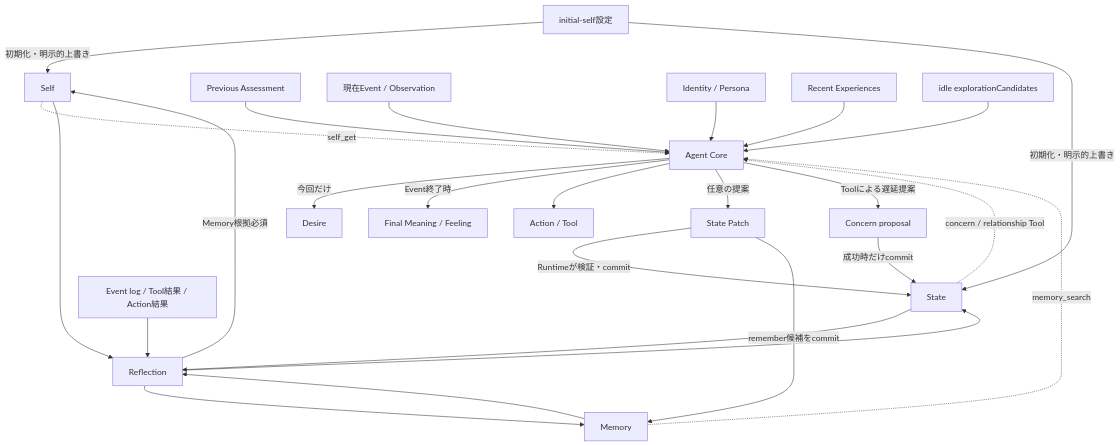
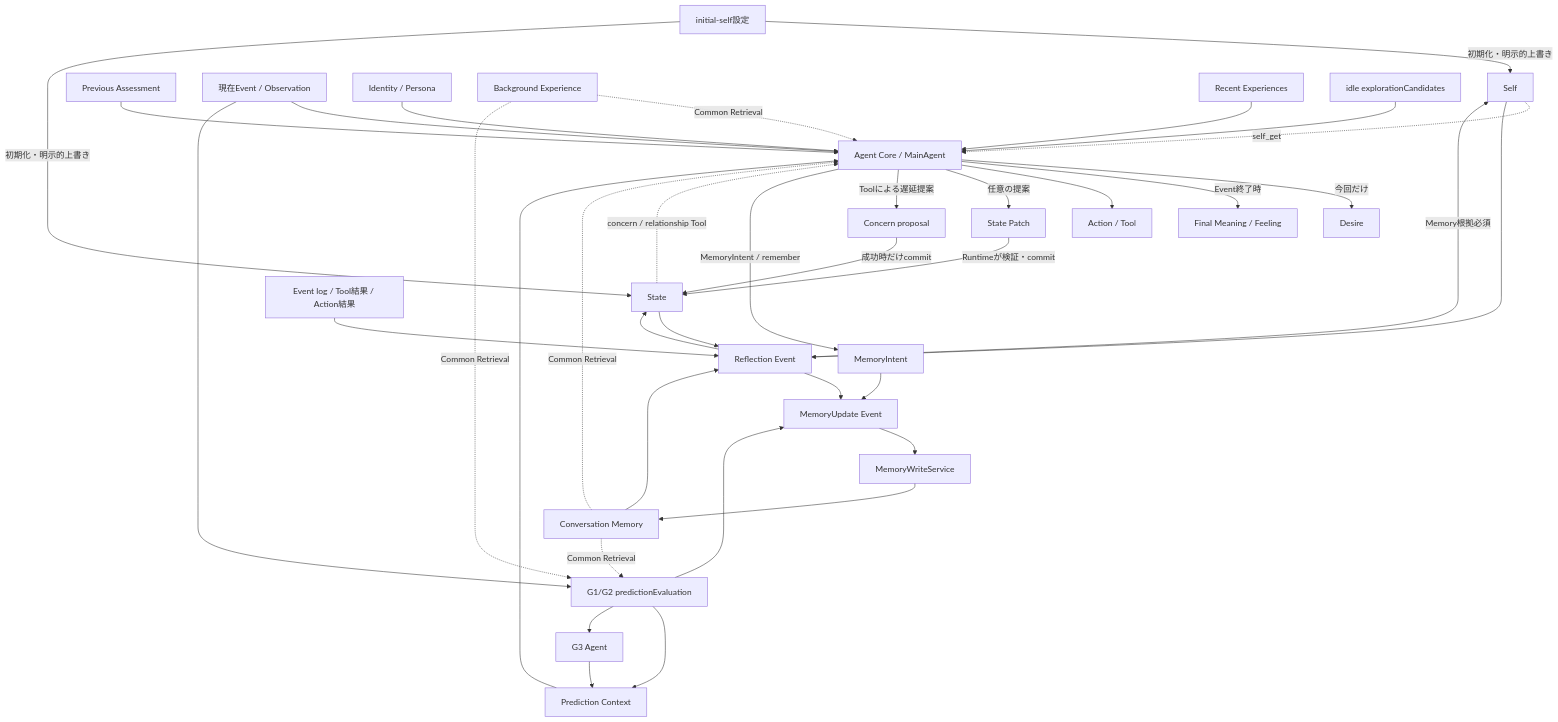
Before and after one commit to if001/social_agent: the second of 7 diagrams in docs/AGENT_MOTIVATION_MODEL.md, drawn with Mermaid. The commit also changed other lines of this file and 10 other files, not shown here.

````diff
--- a/docs/AGENT_MOTIVATION_MODEL.md
+++ b/docs/AGENT_MOTIVATION_MODEL.md
@@ -67,31 +106,44 @@
 ```mermaid
 flowchart TD
     CFG[initial-self設定] -->|初期化・明示的上書き| SELF[Self]
     CFG -->|初期化・明示的上書き| STATE[State]
 
-    PREV[Previous Assessment] --> CORE[Agent Core]
+    PREV[Previous Assessment] --> CORE[Agent Core / MainAgent]
     EVT[現在Event / Observation] --> CORE
+    PC[Prediction Context] --> CORE
     ID[Identity / Persona] --> CORE
     SELF -. self_get .-> CORE
     STATE -. concern / relationship Tool .-> CORE
-    MEM[Memory] -. memory_search .-> CORE
+    MEM[Conversation Memory] -. Common Retrieval .-> CORE
+    BG[Background Experience] -. Common Retrieval .-> CORE
     RECENT[Recent Experiences] --> CORE
     CATALOG[idle explorationCandidates] --> CORE
 
     CORE -->|今回だけ| DESIRE[Desire]
     CORE -->|Event終了時| ASSESS[Final Meaning / Feeling]
     CORE --> ACTION[Action / Tool]
     CORE -->|任意の提案| PATCH[State Patch]
     CORE -->|Toolによる遅延提案| CQ[Concern proposal]
+    CORE -->|MemoryIntent / remember| MI[MemoryIntent]
     PATCH -->|Runtimeが検証・commit| STATE
     CQ -->|成功時だけcommit| STATE
-    PATCH -->|remember候補をcommit| MEM
 
-    EVTLOG[Event log / Tool結果 / Action結果] --> REFLECT[Reflection]
+    EVT --> PE[G1/G2 predictionEvaluation]
+    MEM -. Common Retrieval .-> PE
+    BG -. Common Retrieval .-> PE
+    PE --> PC
+    PE --> G3[G3 Agent]
+    G3 --> PC
+    PE --> MU[MemoryUpdate Event]
+    MI --> MU
+    MU --> MW[MemoryWriteService]
+    MW --> MEM
+
+    EVTLOG[Event log / Tool結果 / Action結果] --> REFLECT[Reflection Event]
     STATE --> REFLECT
     SELF --> REFLECT
     MEM --> REFLECT
+    REFLECT --> MU
     REFLECT -->|Memory根拠必須| SELF
     REFLECT --> STATE
-    REFLECT --> MEM
 ```
````
